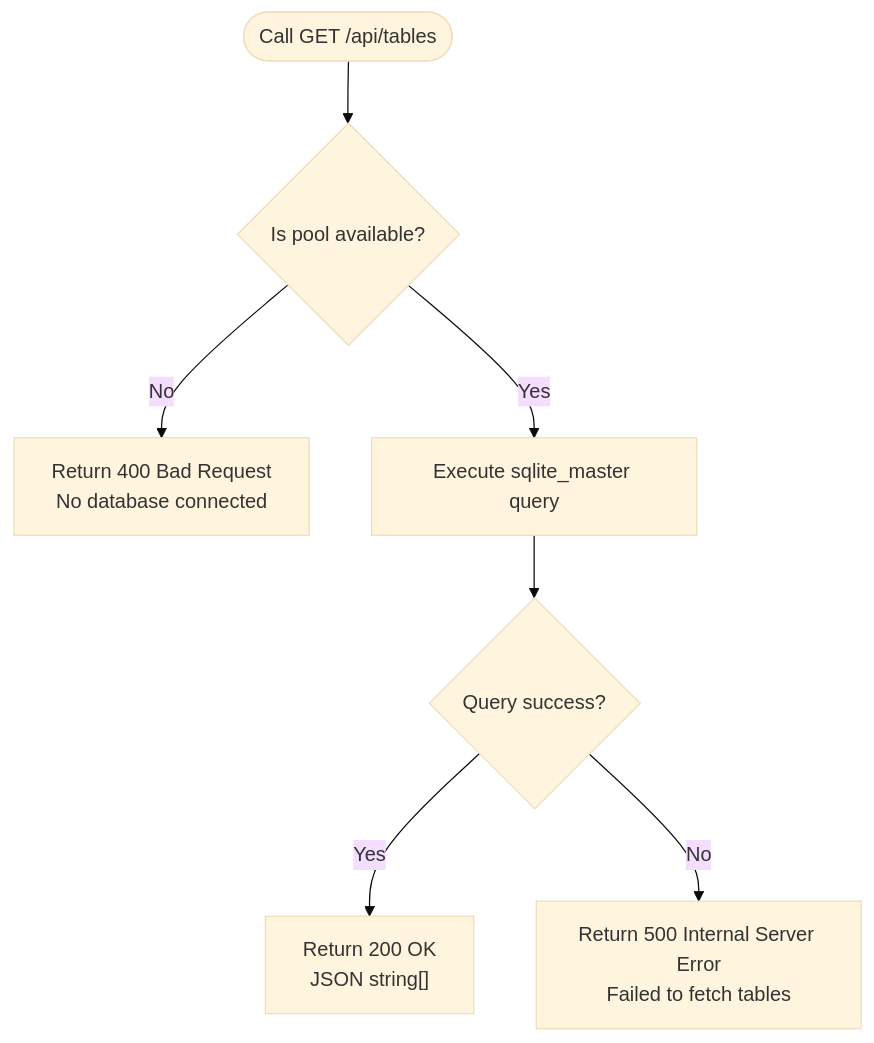
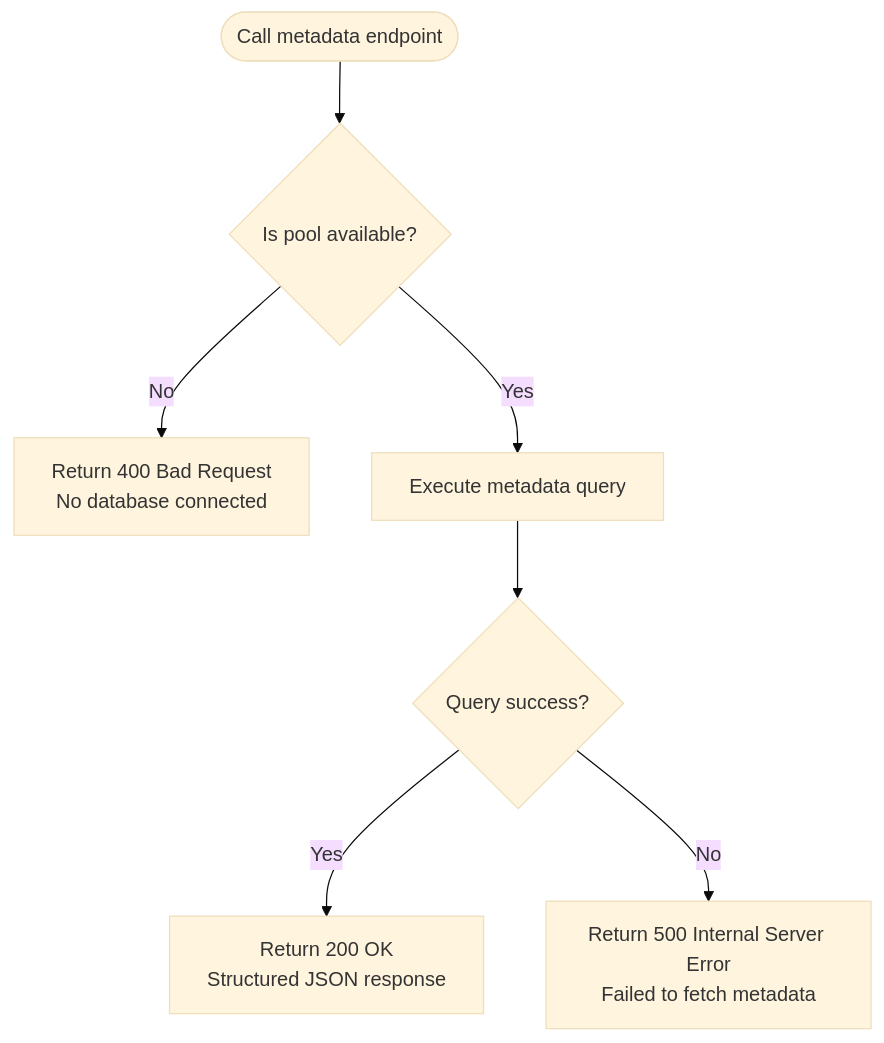
Before and after one commit to sutanto1010/crablite: the third of 5 diagrams in .qoder/repowiki/en/content/API Reference/Database Metadata.md, drawn with Mermaid (base theme). The commit also changed other lines of this file and 25 other files, not shown here.

First line of the commit message:
feat(metadata): add comprehensive database schema and internals API endpoints

````diff
--- a/.qoder/repowiki/en/content/API Reference/Database Metadata.md
+++ b/.qoder/repowiki/en/content/API Reference/Database Metadata.md
@@ -151,9 +297,9 @@
 ```mermaid
 flowchart TD
-Start(["Call GET /api/tables"]) --> CheckPool{"Is pool available?"}
+Start(["Call metadata endpoint"]) --> CheckPool{"Is pool available?"}
 CheckPool --> |No| Err400["Return 400 Bad Request<br/>No database connected"]
-CheckPool --> |Yes| ExecQuery["Execute sqlite_master query"]
+CheckPool --> |Yes| ExecQuery["Execute metadata query"]
 ExecQuery --> QueryOk{"Query success?"}
-QueryOk --> |Yes| Ok200["Return 200 OK<br/>JSON string[]"]
-QueryOk --> |No| Err500["Return 500 Internal Server Error<br/>Failed to fetch tables"]
+QueryOk --> |Yes| Ok200["Return 200 OK<br/>Structured JSON response"]
+QueryOk --> |No| Err500["Return 500 Internal Server Error<br/>Failed to fetch metadata"]
 ```
````
